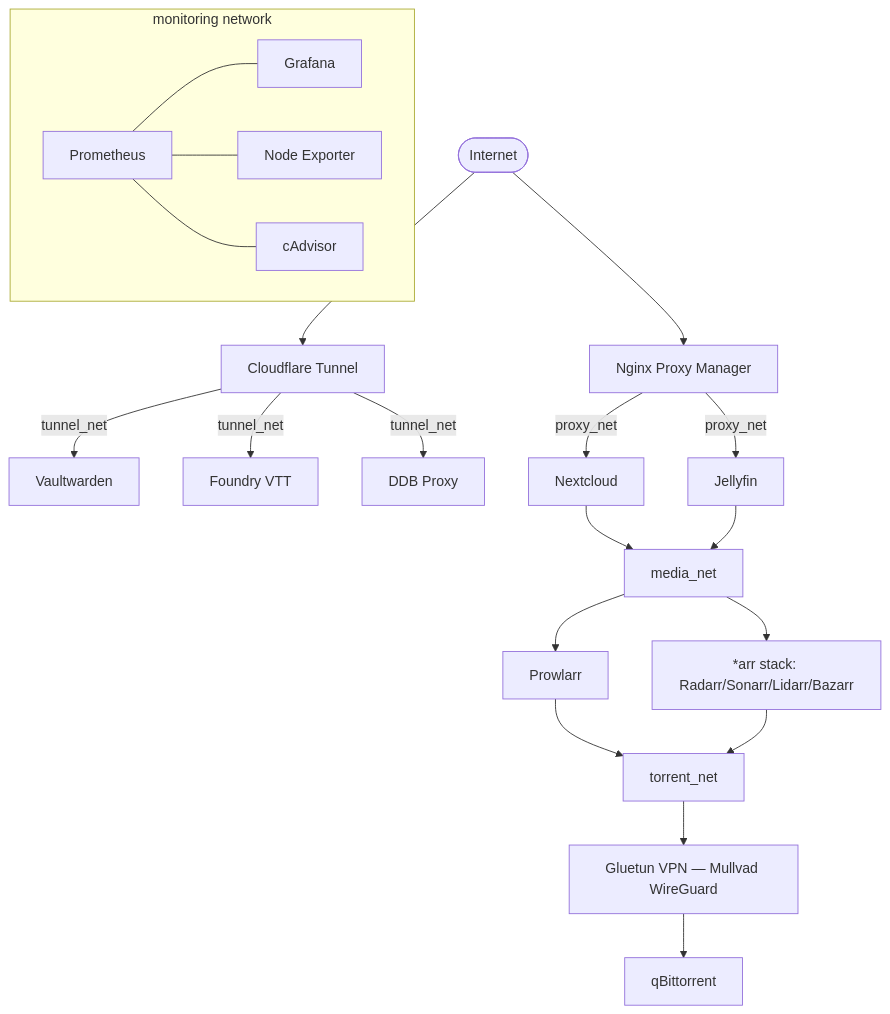
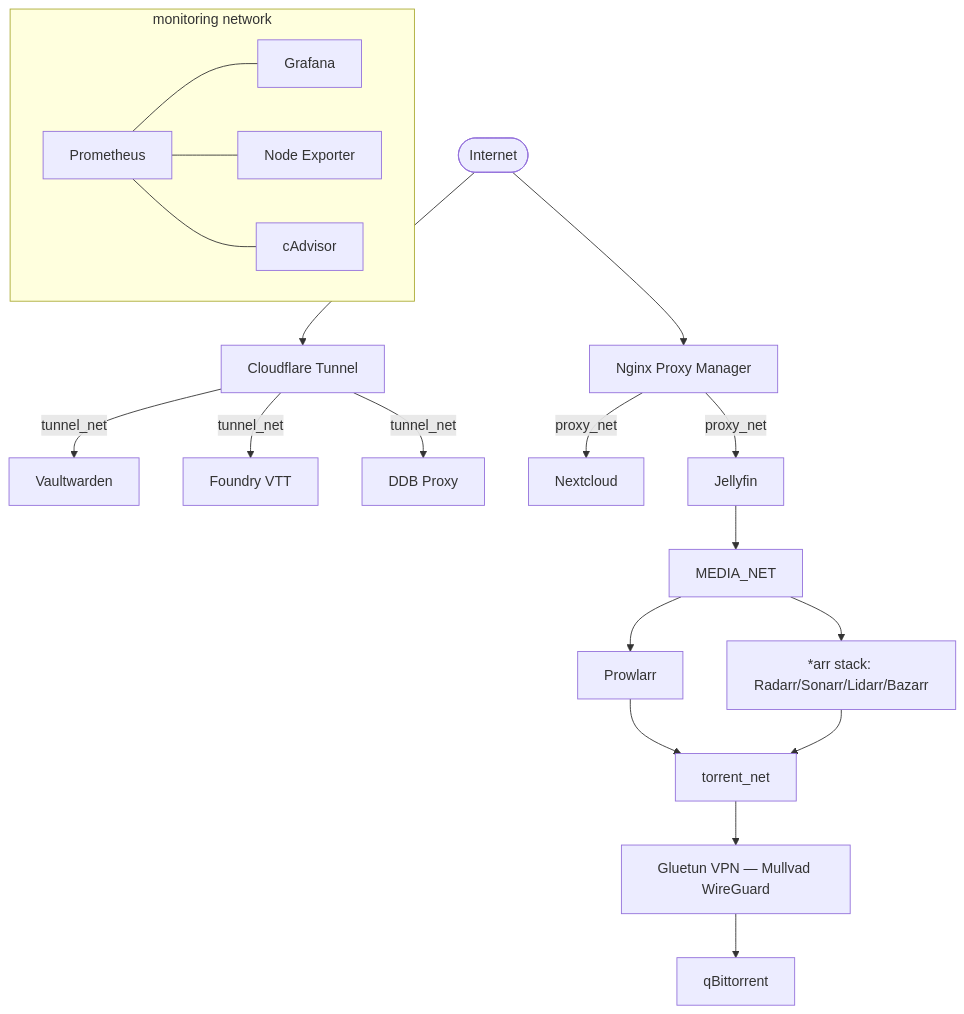
One commit to olivernovosad/homelab-ansible changed the diagram in README.md. Above: the diagram before and after it, drawn with Mermaid.

Commit message:
fix: remove incorrect Nextcloud-to-media_net edge in architecture diagram

````diff
--- a/README.md
+++ b/README.md
@@ -36,28 +36,27 @@
 ```mermaid
 flowchart TB
     INET([Internet]) --> CF[Cloudflare Tunnel]
     INET --> NPM[Nginx Proxy Manager]
 
     CF -->|tunnel_net| VW[Vaultwarden]
     CF -->|tunnel_net| FVT[Foundry VTT]
     CF -->|tunnel_net| DDB[DDB Proxy]
 
     NPM -->|proxy_net| NC[Nextcloud]
     NPM -->|proxy_net| JF[Jellyfin]
 
-    NC --> MEDIA_NET[media_net]
     JF --> MEDIA_NET
     MEDIA_NET --> ARR[*arr stack: Radarr/Sonarr/Lidarr/Bazarr]
     MEDIA_NET --> PRWL[Prowlarr]
 
     PRWL --> TORRENT_NET[torrent_net]
     ARR --> TORRENT_NET
     TORRENT_NET --> GLUETUN[Gluetun VPN — Mullvad WireGuard]
     GLUETUN --> QBIT[qBittorrent]
 
     subgraph MON[monitoring network]
         PROM[Prometheus] --- GRAF[Grafana]
         PROM --- NODE[Node Exporter]
         PROM --- CADV[cAdvisor]
     end
 ```
````
